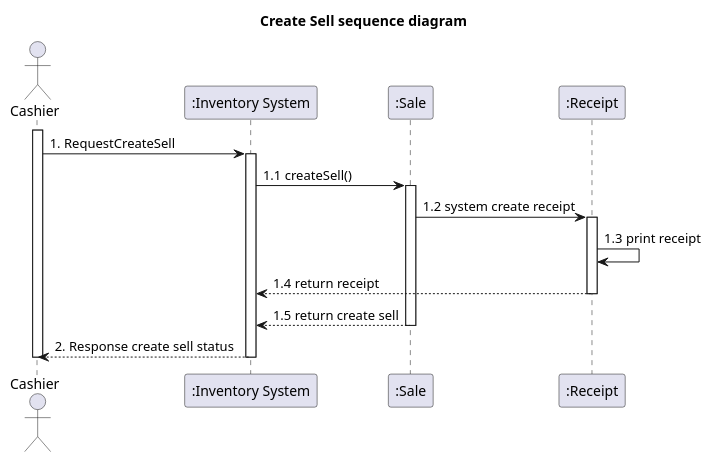
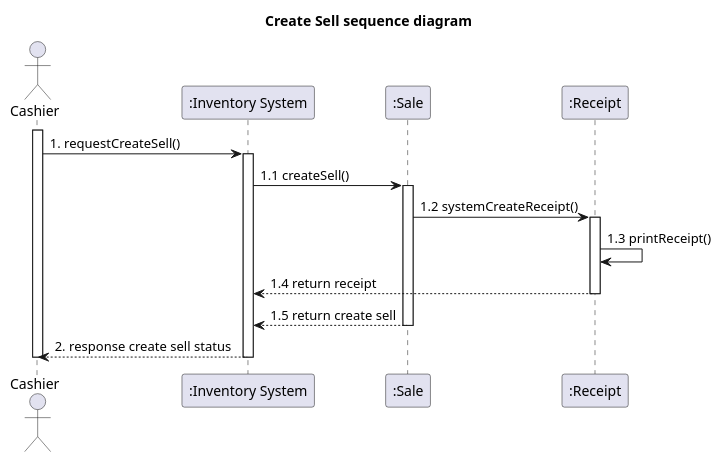
Before and after one commit to billowdev/inventory-system-plantuml-sequelize-seeder-example: the diagram in system-analysis/sequence/_6_2_sequence-create-sell.puml, drawn with PlantUML. The commit also changed 22 other files, not shown here.

Commit message:
update sequence refactor to lowwer case

```diff
--- a/system-analysis/sequence/_6_2_sequence-create-sell.puml
+++ b/system-analysis/sequence/_6_2_sequence-create-sell.puml
@@ -1,38 +1,38 @@
 @startuml
 'example
 title Create Sell sequence diagram
 
 actor Cashier as actorCashier
 participant ":Inventory System" as InventorySystem
 participant ":Sale" as classSell
 
 participant ":Receipt" as classReceipt
 
 activate actorCashier
 
-actorCashier -> InventorySystem: 1. RequestCreateSell
+actorCashier -> InventorySystem: 1. requestCreateSell()
 activate InventorySystem
 
 InventorySystem -> classSell: 1.1 createSell()
 activate classSell
 
-classSell -> classReceipt : 1.2 system create receipt
+classSell -> classReceipt : 1.2 systemCreateReceipt()
 
 activate classReceipt
-classReceipt -> classReceipt : 1.3 print receipt
+classReceipt -> classReceipt : 1.3 printReceipt()
 
 
 classReceipt --> InventorySystem: 1.4 return receipt
 deactivate classReceipt
 
 classSell --> InventorySystem: 1.5 return create sell
 deactivate classSell
 
-InventorySystem --> actorCashier : 2. Response create sell status
+InventorySystem --> actorCashier : 2. response create sell status
 
 deactivate InventorySystem
 
 
 deactivate actorCashier
 
 @enduml
```
